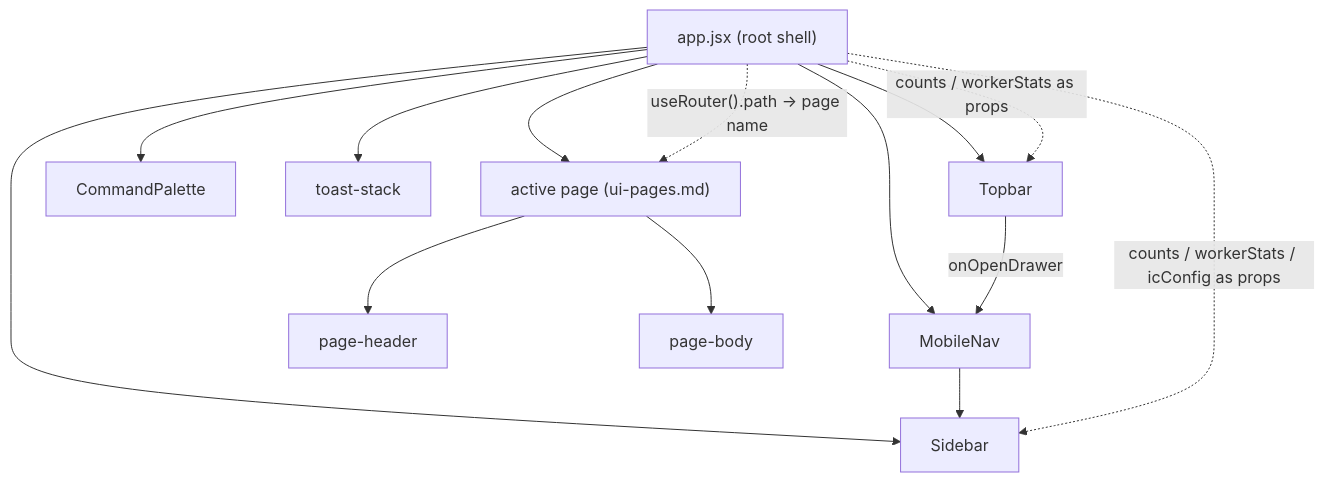
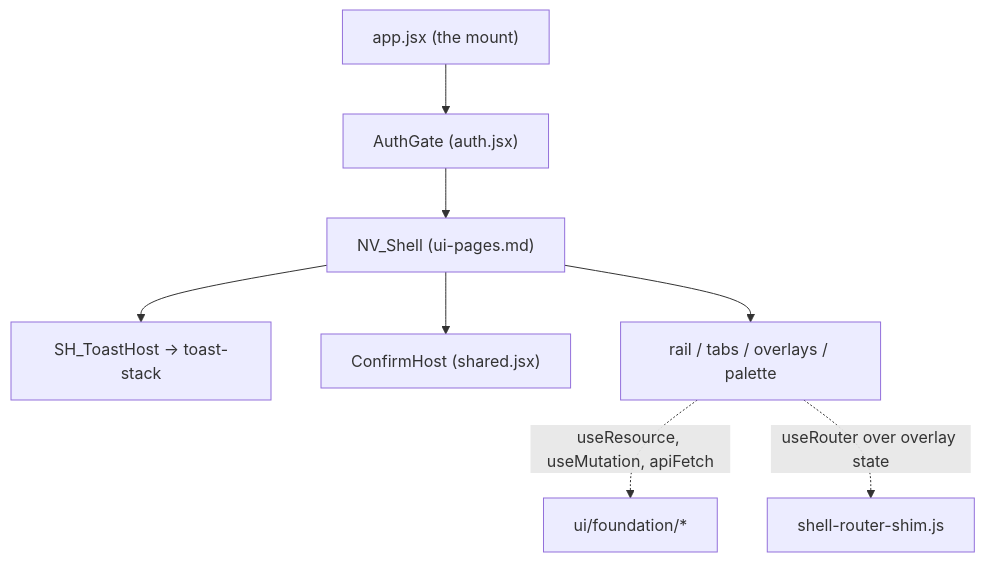
One commit to primerhq/primer changed the first of 2 diagrams in docs/dev/subsystems/ui-foundation.md. Above: the diagram before and after it, drawn with Mermaid. The commit also changed other lines of this file and 1345 other files, not shown here.

````diff
--- a/docs/dev/subsystems/ui-foundation.md
+++ b/docs/dev/subsystems/ui-foundation.md
@@ -19,16 +19,10 @@
 ```mermaid
 graph TD
-    App["app.jsx (root shell)"] --> Topbar
-    App --> Sidebar
-    App --> MobileNav
-    App --> CommandPalette
-    App --> ToastStack["toast-stack"]
-    App --> Page["active page (ui-pages.md)"]
-    Topbar -->|onOpenDrawer| MobileNav
-    MobileNav --> Sidebar
-    Page --> PageHeader["page-header"]
-    Page --> PageBody["page-body"]
-    App -. "useRouter().path -> page name" .-> Page
-    App -. "counts / workerStats / icConfig as props" .-> Sidebar
-    App -. "counts / workerStats as props" .-> Topbar
+    App["app.jsx (the mount)"] --> Auth["AuthGate (auth.jsx)"]
+    Auth --> Shell["NV_Shell (ui-pages.md)"]
+    Shell --> Toasts["SH_ToastHost -> toast-stack"]
+    Shell --> Confirm["ConfirmHost (shared.jsx)"]
+    Shell --> Surfaces["rail / tabs / overlays / palette"]
+    Surfaces -. "useResource, useMutation, apiFetch" .-> Found["ui/foundation/*"]
+    Surfaces -. "useRouter over overlay state" .-> Shim["shell-router-shim.js"]
 ```
````
